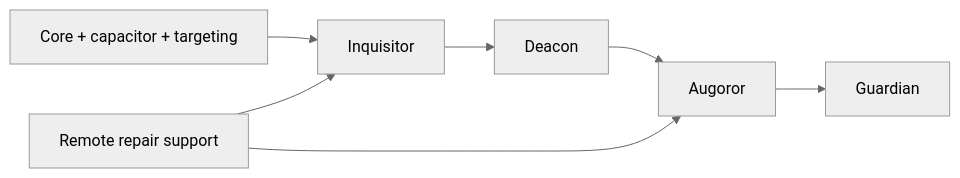
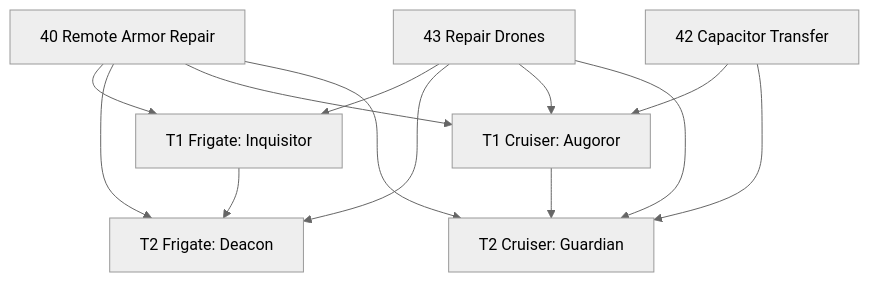
Before and after one commit to Blizbor/EvE-Modular-Skillplans: the diagram in training-paths/logistics/amarr/DIAGRAM-EN.md, drawn with Mermaid (neutral theme). The commit also changed 132 other files, not shown here.

````diff
--- a/training-paths/logistics/amarr/DIAGRAM-EN.md
+++ b/training-paths/logistics/amarr/DIAGRAM-EN.md
@@ -5,9 +5,15 @@
 ```mermaid
-flowchart LR
-    CORE[Core + capacitor + targeting] --> F1[Inquisitor]
-    F1 --> F2[Deacon]
-    F2 --> C1[Augoror]
-    C1 --> C2[Guardian]
-    REP[Remote repair support] --> F1
-    REP --> C1
+flowchart TD
+    F1["T1 Frigate: Inquisitor"] --> F2["T2 Frigate: Deacon"]
+    C1["T1 Cruiser: Augoror"] --> C2["T2 Cruiser: Guardian"]
+    R["40 Remote Armor Repair"] --> F1
+    R --> F2
+    R --> C1
+    R --> C2
+    D["43 Repair Drones"] --> F1
+    D --> F2
+    D --> C1
+    D --> C2
+    C["42 Capacitor Transfer"] --> C1
+    C --> C2
 ```
````
